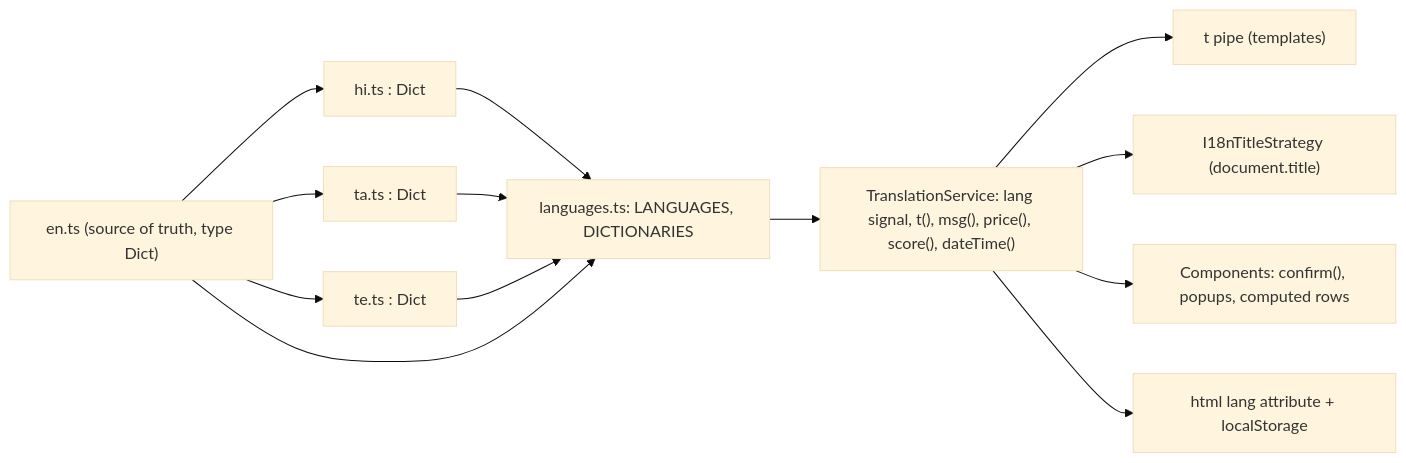
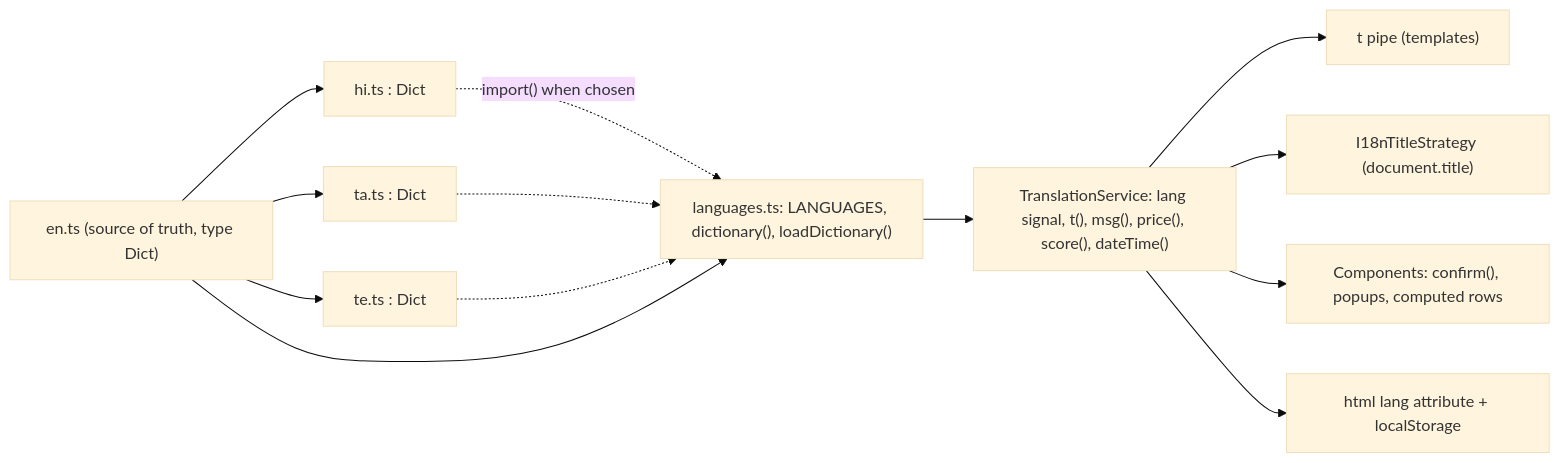
One commit to Sriram-Codes-SW/doorprints changed the second of 2 diagrams in docs/05-ux-accessibility-i18n.md. Above: the diagram before and after it, drawn with Mermaid (base theme). The commit also changed other lines of this file and 31 other files, not shown here.

````diff
--- a/docs/05-ux-accessibility-i18n.md
+++ b/docs/05-ux-accessibility-i18n.md
@@ -477,15 +478,15 @@
 ```mermaid
 flowchart LR
     EN["en.ts (source of truth, type Dict)"] --> HI["hi.ts : Dict"]
     EN --> TA["ta.ts : Dict"]
     EN --> TE["te.ts : Dict"]
-    HI --> LANGS["languages.ts: LANGUAGES, DICTIONARIES"]
-    TA --> LANGS
-    TE --> LANGS
+    HI -. "import() when chosen" .-> LANGS["languages.ts: LANGUAGES, dictionary(), loadDictionary()"]
+    TA -.-> LANGS
+    TE -.-> LANGS
     EN --> LANGS
     LANGS --> SVC["TranslationService: lang signal, t(), msg(), price(), score(), dateTime()"]
     SVC --> PIPE["t pipe (templates)"]
     SVC --> TITLE["I18nTitleStrategy (document.title)"]
     SVC --> CODE["Components: confirm(), popups, computed rows"]
     SVC --> DOC["html lang attribute + localStorage"]
 ```
````
